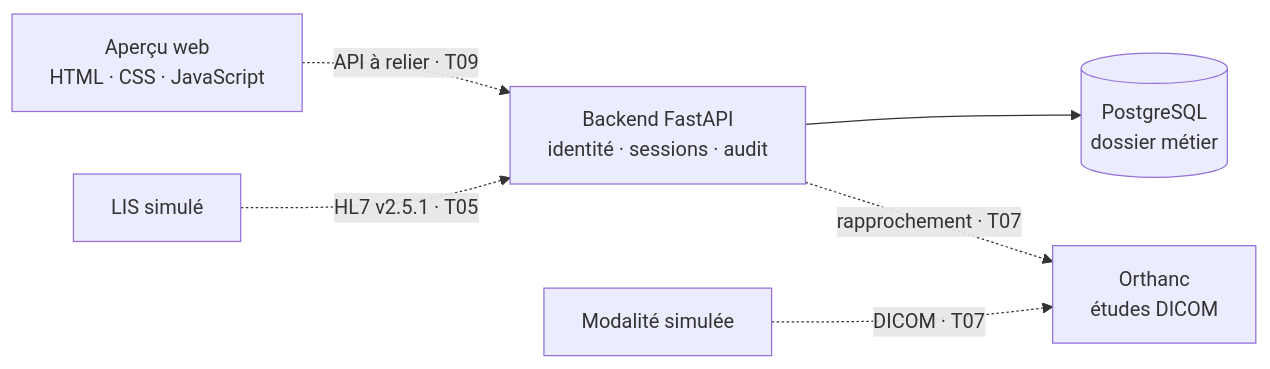
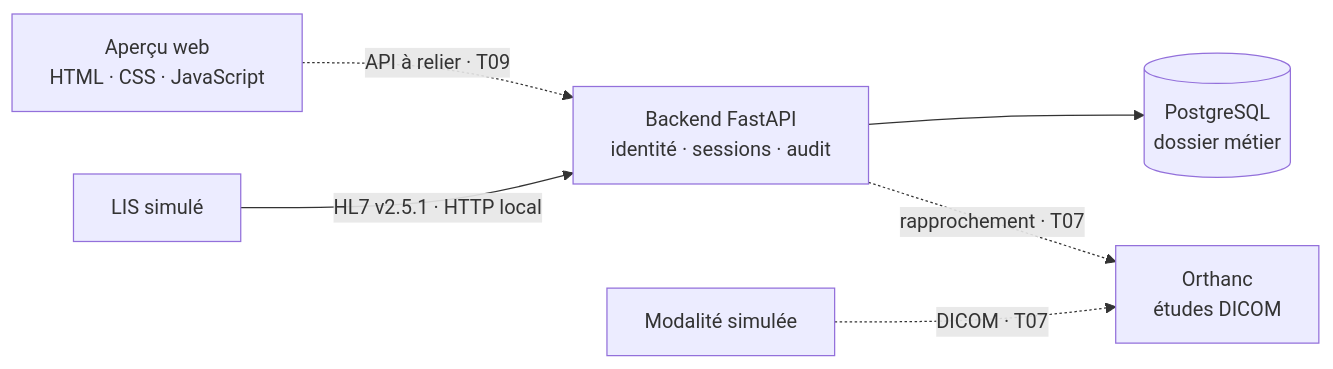
The diagram in README.md (Bouch-Anass/Prototype-de-syst-me-de-gestion-de-donn-es-PACS-LIS-RIS-simplifi-), drawn with Mermaid before and after one commit. The commit also changed other lines of this file and 15 other files, not shown here.

````diff
--- a/README.md
+++ b/README.md
@@ -61,8 +61,8 @@
 ```mermaid
 flowchart LR
     WEB["Aperçu web<br/>HTML · CSS · JavaScript"] -. "API à relier · T09" .-> API["Backend FastAPI<br/>identité · sessions · audit"]
     API --> DB[("PostgreSQL<br/>dossier métier")]
-    LIS["LIS simulé"] -. "HL7 v2.5.1 · T05" .-> API
+    LIS["LIS simulé"] -->|"HL7 v2.5.1 · HTTP local"| API
     API -. "rapprochement · T07" .-> PACS["Orthanc<br/>études DICOM"]
     MOD["Modalité simulée"] -. "DICOM · T07" .-> PACS
 ```
````
